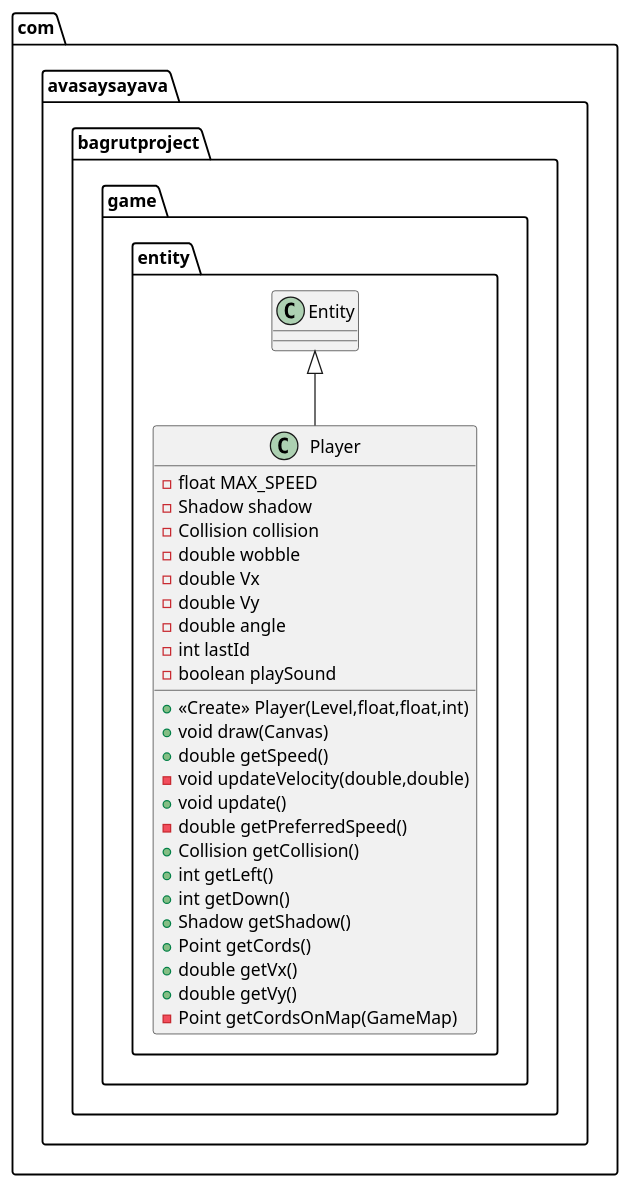
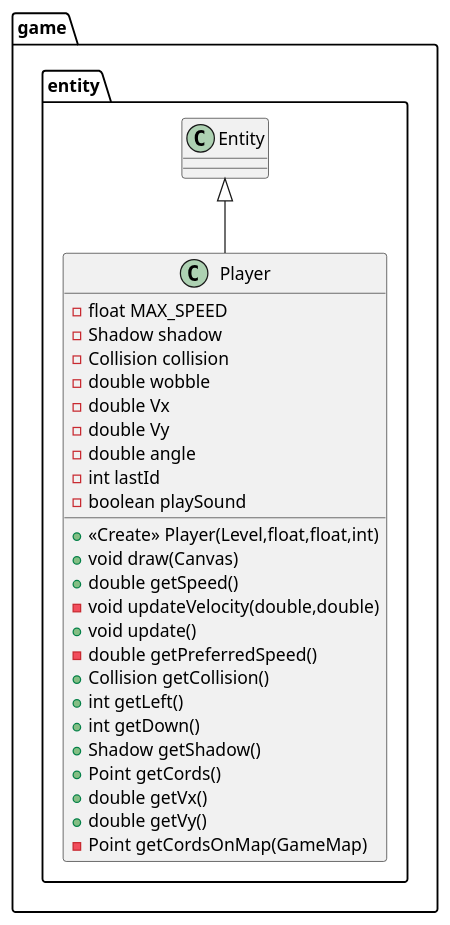
The diagram in ProjectApp/app/src/main/java/com/avasaysayava/bagrutproject/game/entity/Player.puml (Avasay-Sayava/BagrutProject), drawn with PlantUML before and after one commit. The commit also changed 41 other files, not shown here.

```diff
--- a/ProjectApp/app/src/main/java/com/avasaysayava/bagrutproject/game/entity/Player.puml
+++ b/ProjectApp/app/src/main/java/com/avasaysayava/bagrutproject/game/entity/Player.puml
@@ -1,32 +1,32 @@
 @startuml
-class com.avasaysayava.bagrutproject.game.entity.Player {
+class game.entity.Player {
 - float MAX_SPEED
 - Shadow shadow
 - Collision collision
 - double wobble
 - double Vx
 - double Vy
 - double angle
 - int lastId
 - boolean playSound
 + <<Create>> Player(Level,float,float,int)
 + void draw(Canvas)
 + double getSpeed()
 - void updateVelocity(double,double)
 + void update()
 - double getPreferredSpeed()
 + Collision getCollision()
 + int getLeft()
 + int getDown()
 + Shadow getShadow()
 + Point getCords()
 + double getVx()
 + double getVy()
 - Point getCordsOnMap(GameMap)
 }
 
 
 
 
-com.avasaysayava.bagrutproject.game.entity.Entity <|-- com.avasaysayava.bagrutproject.game.entity.Player
+game.entity.Entity <|-- game.entity.Player
 @enduml
```
